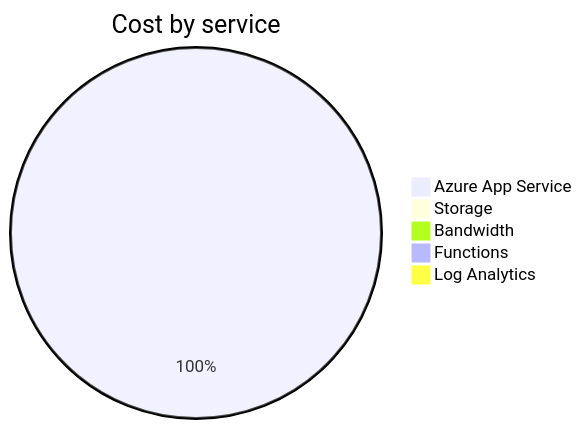
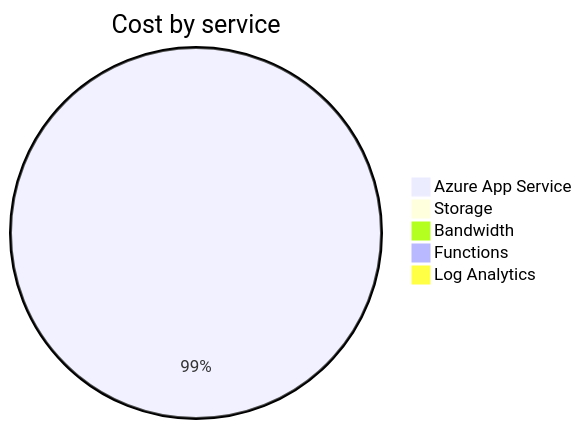
One commit to jpfulton/azure-personal-reports changed the second of 4 diagrams in cost-reports/personal-site/README.md. Above: the diagram before and after it, drawn with Mermaid. The commit also changed other lines of this file and 6 other files, not shown here.

````diff
--- a/cost-reports/personal-site/README.md
+++ b/cost-reports/personal-site/README.md
@@ -99,9 +99,9 @@
 ```mermaid
 pie
    title Cost by service
-   "Azure App Service" : 1.06
-   "Storage" : 0.00
+   "Azure App Service" : 1.68
+   "Storage" : 0.01
    "Bandwidth" : 0.00
    "Functions" : 0.00
    "Log Analytics" : 0.00
 ```
````
